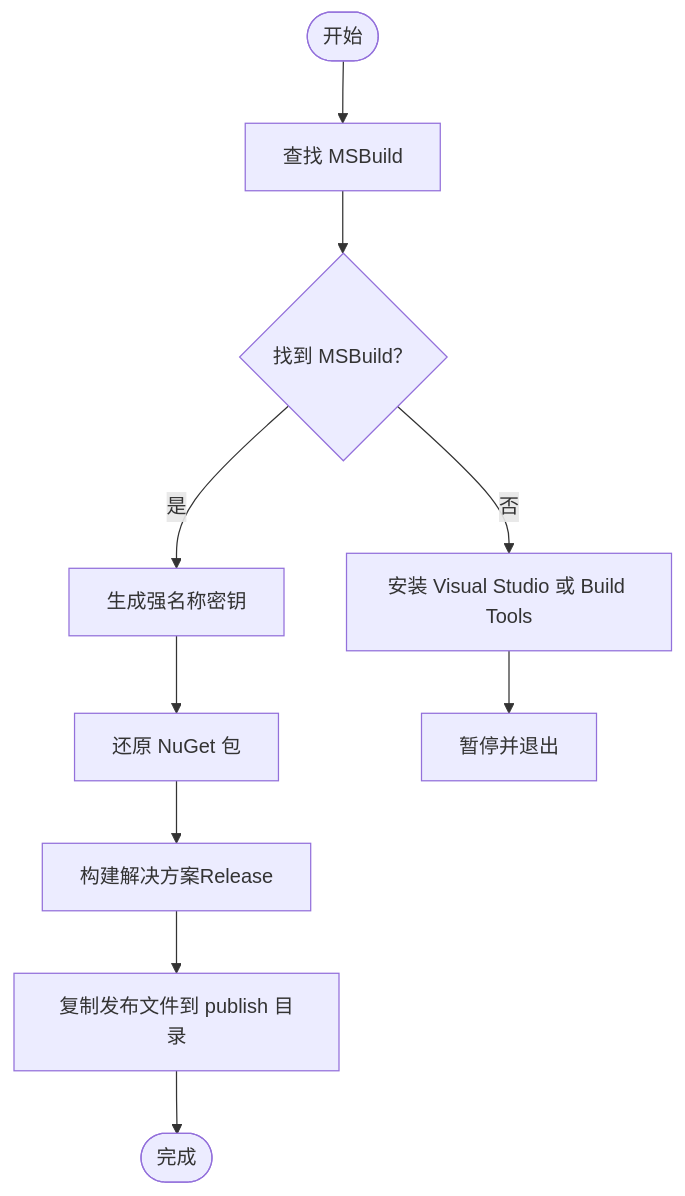
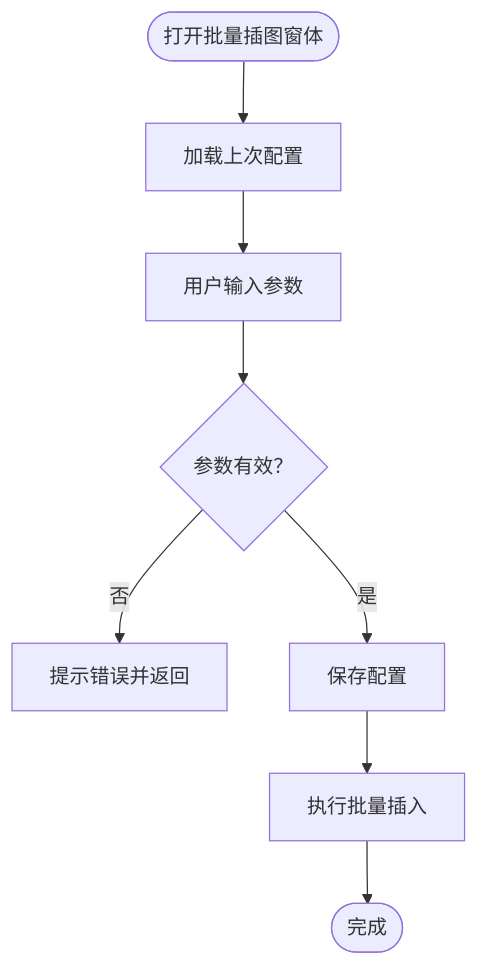
The fifth of 9 diagrams in .qoder/repowiki/zh/content/快速开始.md (rainiva/WordTools), drawn with Mermaid before and after one commit. The commit also changed other lines of this file and 63 other files, not shown here.

First line of the commit message:
全面优化：代码质量修复、自动编号重构、插图性能优化

````diff
--- a/.qoder/repowiki/zh/content/快速开始.md
+++ b/.qoder/repowiki/zh/content/快速开始.md
@@ -88,12 +184,10 @@
 ```mermaid
 flowchart TD
-Start(["开始"]) --> FindMSBuild["查找 MSBuild"]
-FindMSBuild --> MSBFound{"找到 MSBuild？"}
-MSBFound --> |否| InstallVS["安装 Visual Studio 或 Build Tools"]
-MSBFound --> |是| GenKey["生成强名称密钥"]
-GenKey --> RestoreNuGet["还原 NuGet 包"]
-RestoreNuGet --> BuildSolution["构建解决方案Release"]
-BuildSolution --> CopyFiles["复制发布文件到 publish 目录"]
-CopyFiles --> Done(["完成"])
-InstallVS --> Pause["暂停并退出"]
+Open(["打开批量插图窗体"]) --> LoadCfg["加载上次配置"]
+LoadCfg --> UserInput["用户输入参数"]
+UserInput --> Validate{"参数有效？"}
+Validate --> |否| ShowErr["提示错误并返回"]
+Validate --> |是| SaveCfg["保存配置"]
+SaveCfg --> Exec["执行批量插入"]
+Exec --> Done(["完成"])
 ```
````
